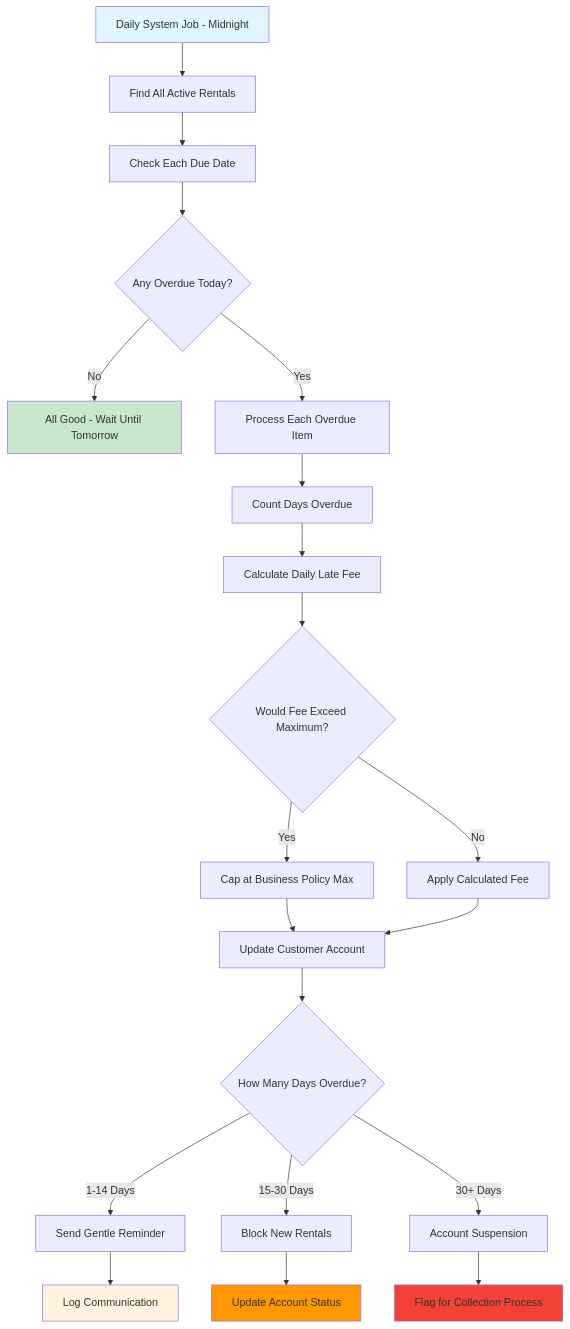
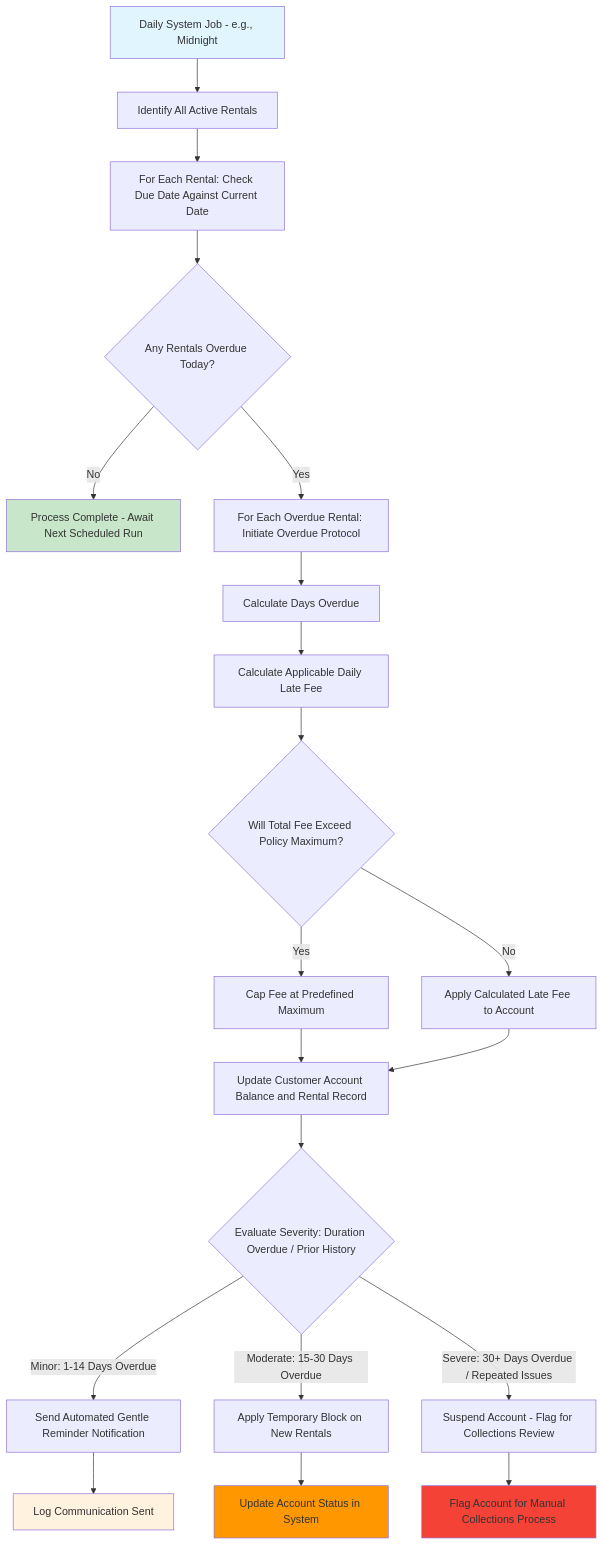
Before and after one commit to tiberius-s/video-rental-demo: the diagram in docs/workflows/05-overdue-management-workflow.md, drawn with Mermaid. The commit also changed other lines of this file and 20 other files, not shown here.

````diff
--- a/docs/workflows/05-overdue-management-workflow.md
+++ b/docs/workflows/05-overdue-management-workflow.md
@@ -36,33 +36,33 @@
 ```mermaid
 flowchart TD
-    A[Daily System Job - Midnight] --> B[Find All Active Rentals]
-    B --> C[Check Each Due Date]
-    C --> D{Any Overdue Today?}
-    D -->|No| E[All Good - Wait Until Tomorrow]
-    D -->|Yes| F[Process Each Overdue Item]
+    A[Daily System Job - e.g., Midnight] --> B[Identify All Active Rentals]
+    B --> C[For Each Rental: Check Due Date Against Current Date]
+    C --> D{Any Rentals Overdue Today?}
+    D -->|No| E[Process Complete - Await Next Scheduled Run]
+    D -->|Yes| F[For Each Overdue Rental: Initiate Overdue Protocol]
 
-    %% Business Rule Processing
-    F --> G[Count Days Overdue]
-    G --> H[Calculate Daily Late Fee]
-    H --> I{Would Fee Exceed Maximum?}
-    I -->|Yes| J[Cap at Business Policy Max]
-    I -->|No| K[Apply Calculated Fee]
-    J --> L[Update Customer Account]
+    %% Business Rule Processing for Each Overdue Item
+    F --> G[Calculate Days Overdue]
+    G --> H[Calculate Applicable Daily Late Fee]
+    H --> I{Will Total Fee Exceed Policy Maximum?}
+    I -->|Yes| J[Cap Fee at Predefined Maximum]
+    I -->|No| K[Apply Calculated Late Fee to Account]
+    J --> L[Update Customer Account Balance and Rental Record]
     K --> L
 
-    %% Customer Impact Assessment
-    L --> M{How Many Days Overdue?}
-    M -->|1-14 Days| N[Send Gentle Reminder]
-    M -->|15-30 Days| O[Block New Rentals]
-    M -->|30+ Days| P[Account Suspension]
+    %% Customer Impact Assessment and Action
+    L --> M{Evaluate Severity: Duration Overdue / Prior History}
+    M -->|Minor: 1-14 Days Overdue| N[Send Automated Gentle Reminder Notification]
+    M -->|Moderate: 15-30 Days Overdue| O[Apply Temporary Block on New Rentals]
+    M -->|Severe: 30+ Days Overdue / Repeated Issues| P[Suspend Account - Flag for Collections Review]
 
-    N --> Q[Log Communication]
-    O --> R[Update Account Status]
-    P --> S[Flag for Collection Process]
+    N --> Q[Log Communication Sent]
+    O --> R[Update Account Status in System]
+    P --> S[Flag Account for Manual Collections Process]
 
     style A fill:#e1f5fe
     style E fill:#c8e6c9
     style Q fill:#fff3e0
     style R fill:#ff9800
     style S fill:#f44336
 ```
````
